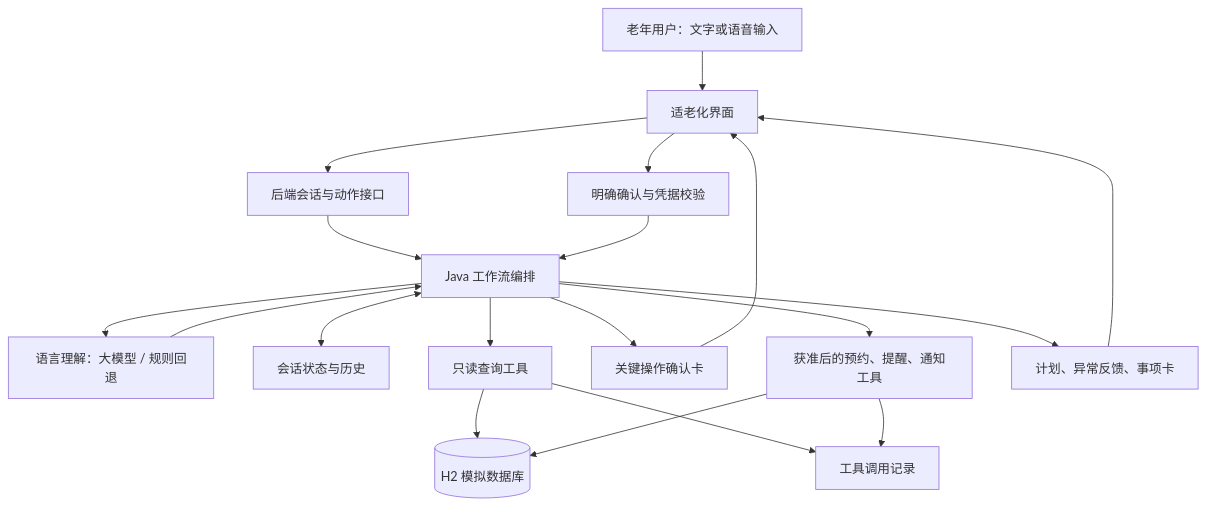
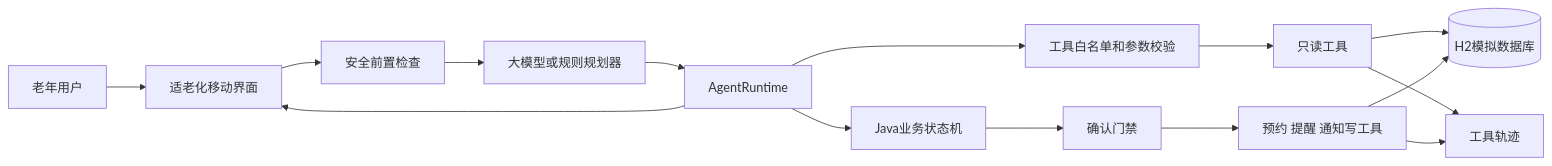
Before and after one commit to zhaoqingqing666/silver-followup-agent: the first of 2 diagrams in docs/设计思路报告.md, drawn with Mermaid. The commit also changed other lines of this file and 91 other files, not shown here.

````diff
--- a/docs/设计思路报告.md
+++ b/docs/设计思路报告.md
@@ -51,21 +83,17 @@
 ```mermaid
-flowchart TD
-    U[老年用户：文字或语音输入] --> UI[适老化界面]
-    UI --> API[后端会话与动作接口]
-    API --> W[Java 工作流编排]
-    W --> N[语言理解：大模型 / 规则回退]
-    N --> W
-    W <--> S[会话状态与历史]
-    W --> Q[只读查询工具]
-    Q --> D[(H2 模拟数据库)]
-    W --> C[关键操作确认卡]
-    C --> UI
-    UI --> G[明确确认与凭据校验]
-    G --> W
-    W --> X[获准后的预约、提醒、通知工具]
-    X --> D
-    W --> R[计划、异常反馈、事项卡]
-    R --> UI
-    Q --> L[工具调用记录]
-    X --> L
+flowchart LR
+    U[老年用户] --> UI[适老化移动界面]
+    UI --> SG[安全前置检查]
+    SG --> PL[大模型或规则规划器]
+    PL --> AR[AgentRuntime]
+    AR --> TP[工具白名单和参数校验]
+    TP --> RT[只读工具]
+    RT --> DB[(H2模拟数据库)]
+    AR --> WF[Java业务状态机]
+    WF --> CF[确认门禁]
+    CF --> WT[预约 提醒 通知写工具]
+    WT --> DB
+    RT --> TRACE[工具轨迹]
+    WT --> TRACE
+    AR --> UI
 ```
````
